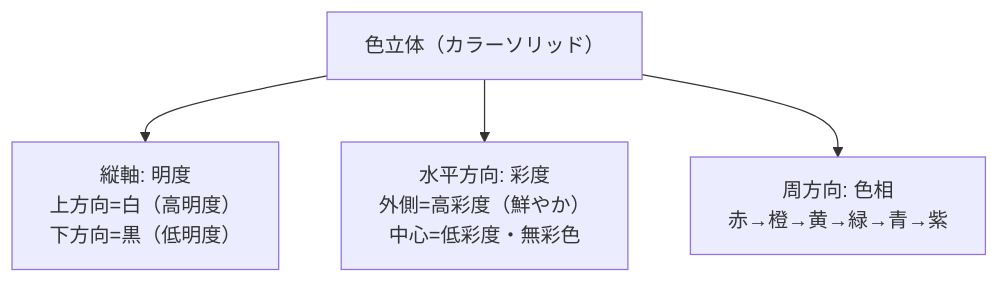
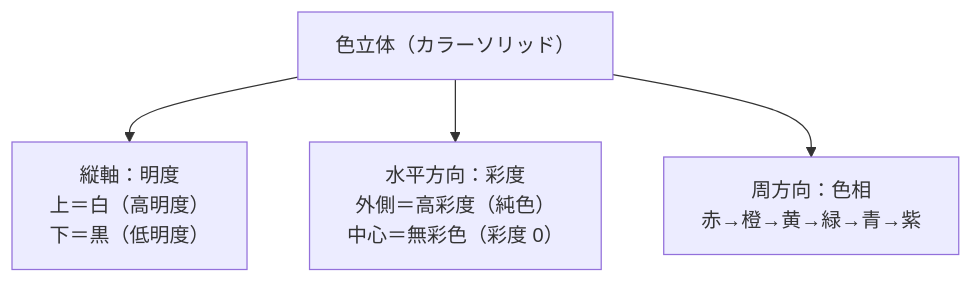
The fourth of 4 diagrams in docs/lessons/lesson09/index.md (ozaki25/color-coordination-training-ozaki25), drawn with Mermaid before and after one commit. The commit also changed other lines of this file and 10 other files, not shown here.

````diff
--- a/docs/lessons/lesson09/index.md
+++ b/docs/lessons/lesson09/index.md
@@ -109,6 +185,6 @@
 ```mermaid
 graph TD
-    A["色立体（カラーソリッド）"] --> B["縦軸: 明度\n上方向=白（高明度）\n下方向=黒（低明度）"]
-    A --> C["水平方向: 彩度\n外側=高彩度（鮮やか）\n中心=低彩度・無彩色"]
-    A --> D["周方向: 色相\n赤→橙→黄→緑→青→紫"]
+    A["色立体（カラーソリッド）"] --> B["縦軸：明度\n上＝白（高明度）\n下＝黒（低明度）"]
+    A --> C["水平方向：彩度\n外側＝高彩度（純色）\n中心＝無彩色（彩度 0）"]
+    A --> D["周方向：色相\n赤→橙→黄→緑→青→紫"]
 ```
````
